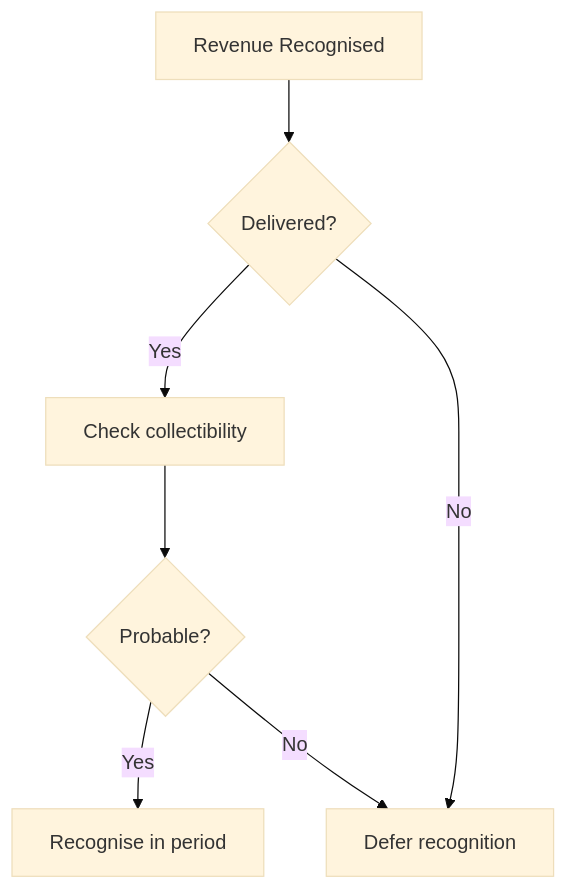
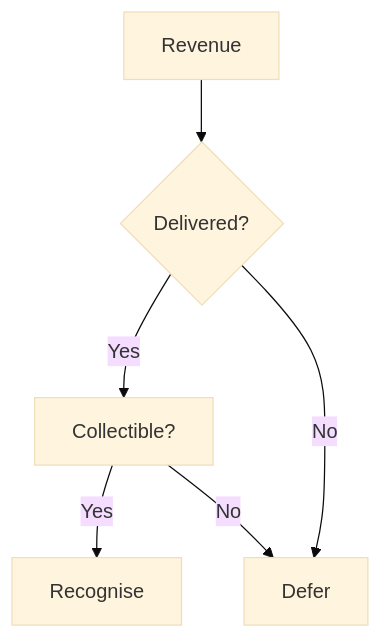
One commit to overyonder/over-yonder.tech changed the first of 8 diagrams in articles/markdown.md. Above: the diagram before and after it, drawn with Mermaid (base theme). The commit also changed other lines of this file and 2 other files, not shown here.

First line of the commit message:
Add 2x4 mermaid diagram grid with 8 chart types

````diff
--- a/articles/markdown.md
+++ b/articles/markdown.md
@@ -425,9 +413,8 @@
 ```mermaid
 graph TD
-    A[Revenue Recognised] --> B{Delivered?}
-    B -->|Yes| C[Check collectibility]
-    B -->|No| D[Defer recognition]
-    C --> E{Probable?}
-    E -->|Yes| F[Recognise in period]
-    E -->|No| D
+    A[Revenue] --> B{Delivered?}
+    B -->|Yes| C[Collectible?]
+    B -->|No| D[Defer]
+    C -->|Yes| E[Recognise]
+    C -->|No| D
 ```
````
